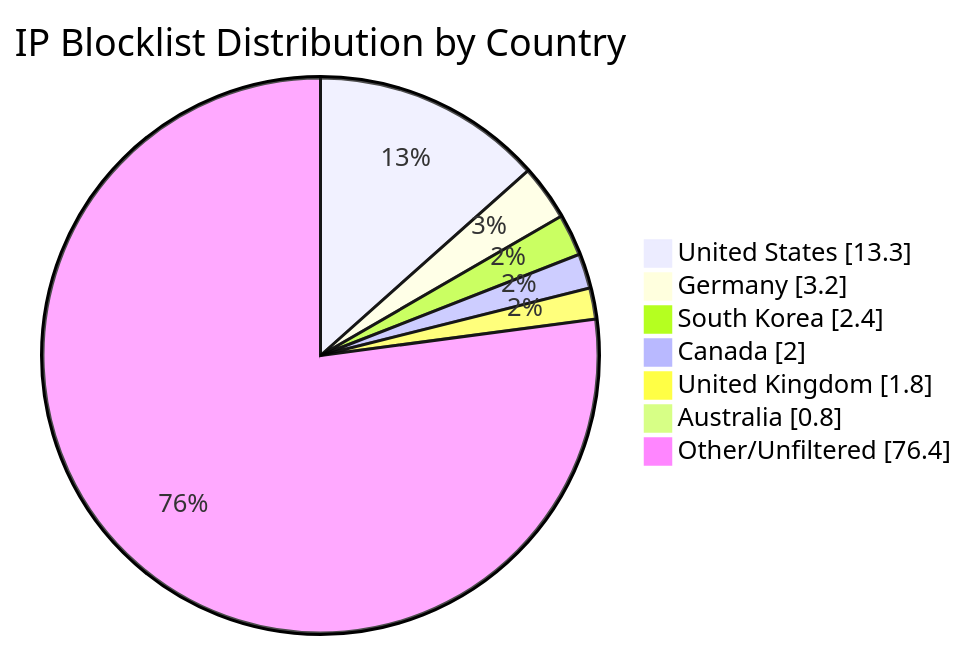
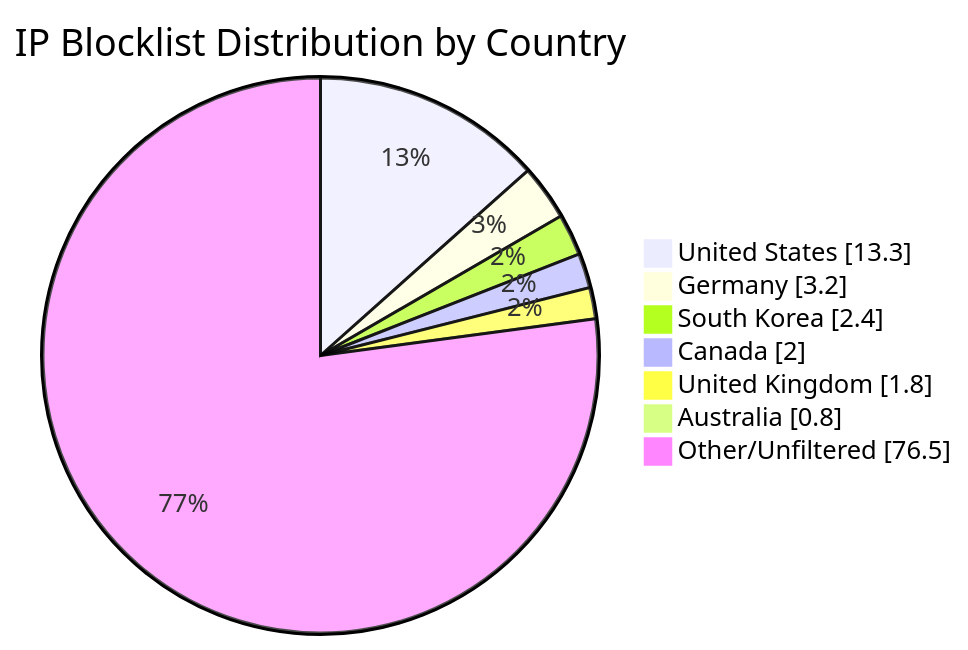
One commit to MarcusHoltz/ipblocklist-geofiltered-aggregator changed the diagram in README.md. Above: the diagram before and after it, drawn with Mermaid. The commit also changed other lines of this file and 9 other files, not shown here.

````diff
--- a/README.md
+++ b/README.md
@@ -34,10 +34,10 @@
 ```mermaid
 pie showData title IP Blocklist Distribution by Country
 "United States" : 13.3
 "Germany" : 3.2
 "South Korea" : 2.4
 "Canada" : 2.0
 "United Kingdom" : 1.8
 "Australia" : 0.8
-"Other/Unfiltered" : 76.4
+"Other/Unfiltered" : 76.5
 ```
````
